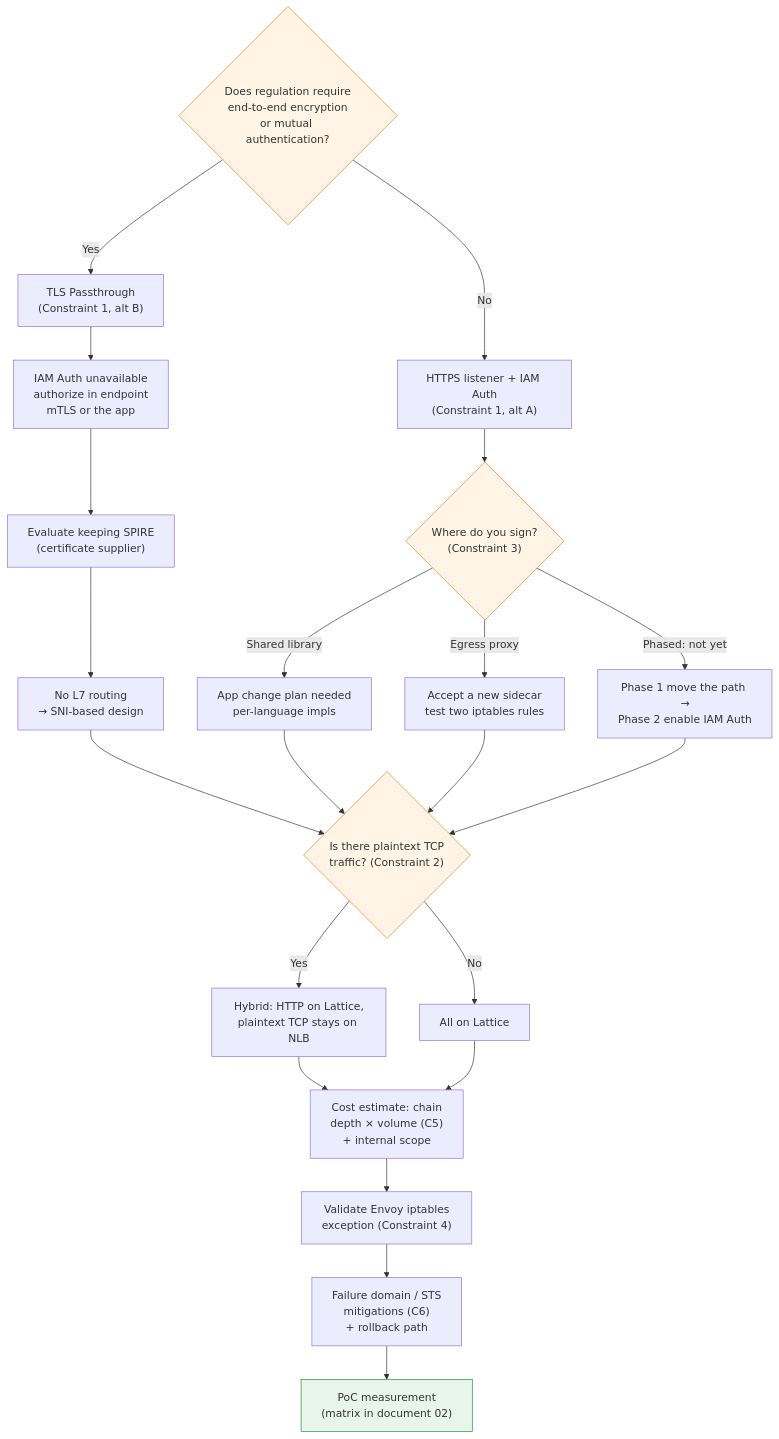
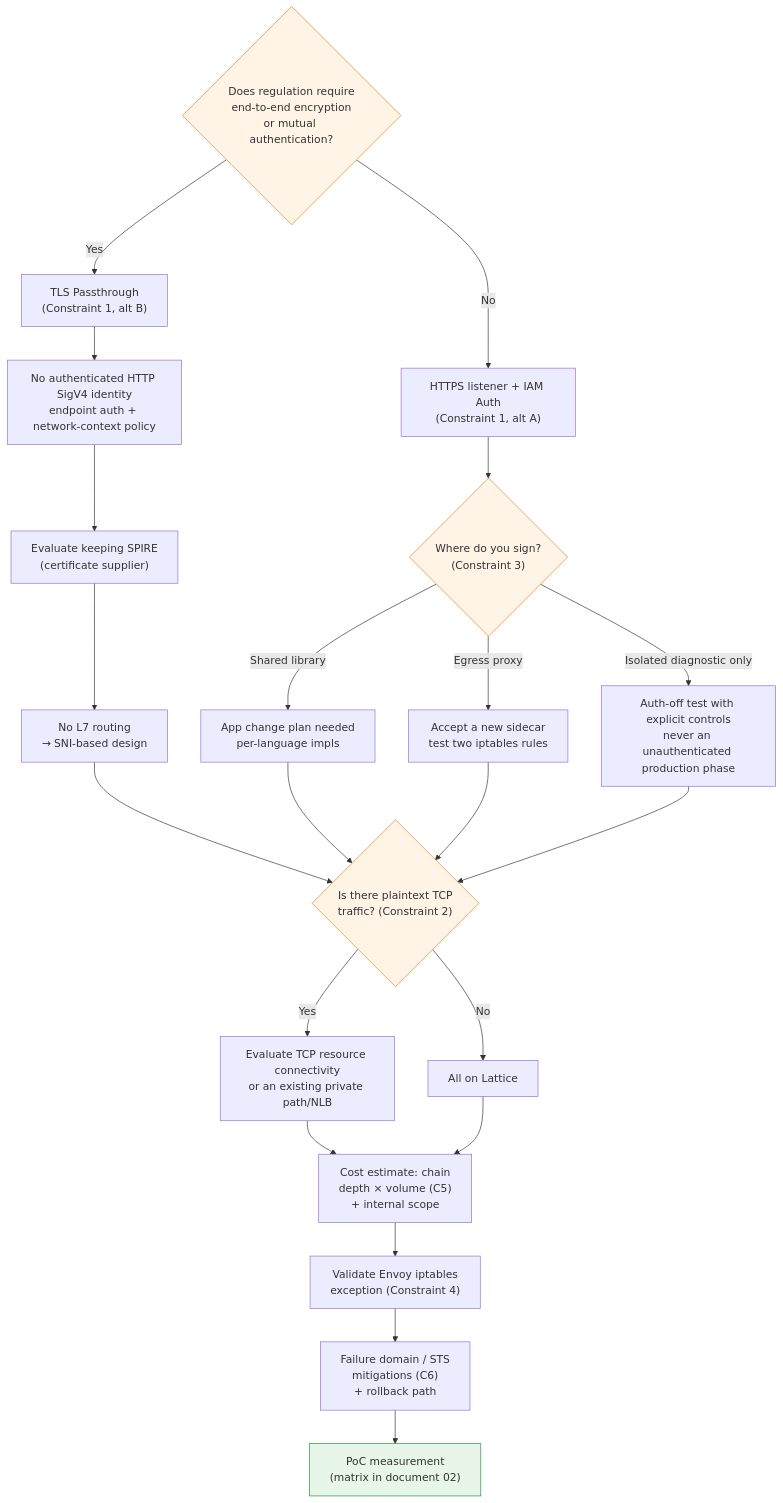
Before and after one commit to Atom-oh/kubernetes-docs: the diagram in en/service-mesh/vpc-lattice/06-constraints.md, drawn with Mermaid. The commit also changed other lines of this file and 62 other files, not shown here.

````diff
--- a/en/service-mesh/vpc-lattice/06-constraints.md
+++ b/en/service-mesh/vpc-lattice/06-constraints.md
@@ -245,34 +239,34 @@
 ```mermaid
 graph TD
     Q1{"Does regulation require<br/>end-to-end encryption<br/>or mutual authentication?"}
     Q1 -->|"Yes"| B["TLS Passthrough<br/>(Constraint 1, alt B)"]
     Q1 -->|"No"| A["HTTPS listener + IAM Auth<br/>(Constraint 1, alt A)"]
 
-    B --> B1["IAM Auth unavailable<br/>authorize in endpoint<br/>mTLS or the app"]
+    B --> B1["No authenticated HTTP SigV4 identity<br/>endpoint auth + network-context policy"]
     B1 --> B2["Evaluate keeping SPIRE<br/>(certificate supplier)"]
     B2 --> B3["No L7 routing<br/>→ SNI-based design"]
 
     A --> A1{"Where do you sign?<br/>(Constraint 3)"}
     A1 -->|"Shared library"| A2["App change plan needed<br/>per-language impls"]
     A1 -->|"Egress proxy"| A3["Accept a new sidecar<br/>test two iptables rules"]
-    A1 -->|"Phased: not yet"| A4["Phase 1 move the path →<br/>Phase 2 enable IAM Auth"]
+    A1 -->|"Isolated diagnostic only"| A4["Auth-off test with explicit controls<br/>never an unauthenticated production phase"]
 
     B3 --> C{"Is there plaintext TCP<br/>traffic? (Constraint 2)"}
     A2 --> C
     A3 --> C
     A4 --> C
 
-    C -->|"Yes"| C1["Hybrid: HTTP on Lattice,<br/>plaintext TCP stays on NLB"]
+    C -->|"Yes"| C1["Evaluate TCP resource connectivity<br/>or an existing private path/NLB"]
     C -->|"No"| C2["All on Lattice"]
 
     C1 --> D["Cost estimate: chain<br/>depth × volume (C5)<br/>+ internal scope"]
     C2 --> D
     D --> E["Validate Envoy iptables<br/>exception (Constraint 4)"]
     E --> F["Failure domain / STS<br/>mitigations (C6)<br/>+ rollback path"]
     F --> G["PoC measurement<br/>(matrix in document 02)"]
 
     style Q1 fill:#fff4e5,stroke:#d98324
     style A1 fill:#fff4e5,stroke:#d98324
     style C fill:#fff4e5,stroke:#d98324
     style G fill:#e8f5e9,stroke:#1e8e3e
 ```
````
